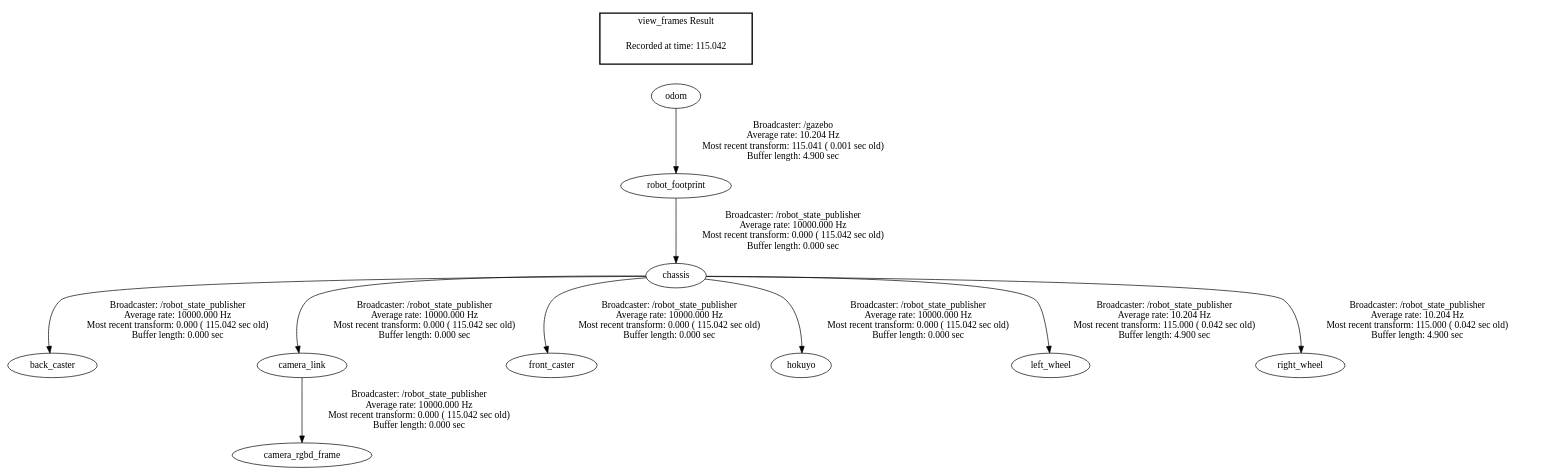
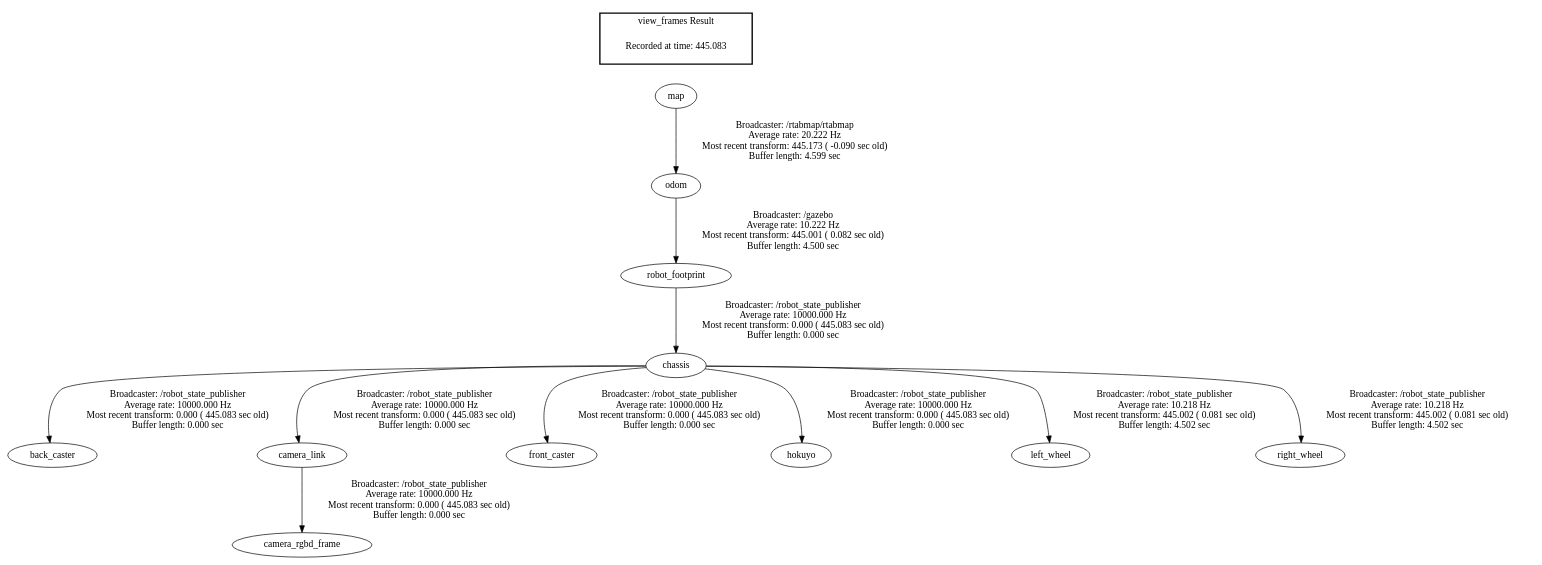
One commit to mahulo2009/RoboND-Map-Project changed the diagram in docs/frames.gv. Above: the diagram before and after it, drawn with Graphviz. The commit also changed 2 other files, not shown here.

```diff
--- a/docs/frames.gv
+++ b/docs/frames.gv
@@ -1,15 +1,16 @@
 digraph G {
-"chassis" -> "back_caster"[label="Broadcaster: /robot_state_publisher\nAverage rate: 10000.000 Hz\nMost recent transform: 0.000 ( 115.042 sec old)\nBuffer length: 0.000 sec\n"];
-"robot_footprint" -> "chassis"[label="Broadcaster: /robot_state_publisher\nAverage rate: 10000.000 Hz\nMost recent transform: 0.000 ( 115.042 sec old)\nBuffer length: 0.000 sec\n"];
-"chassis" -> "camera_link"[label="Broadcaster: /robot_state_publisher\nAverage rate: 10000.000 Hz\nMost recent transform: 0.000 ( 115.042 sec old)\nBuffer length: 0.000 sec\n"];
-"camera_link" -> "camera_rgbd_frame"[label="Broadcaster: /robot_state_publisher\nAverage rate: 10000.000 Hz\nMost recent transform: 0.000 ( 115.042 sec old)\nBuffer length: 0.000 sec\n"];
-"chassis" -> "front_caster"[label="Broadcaster: /robot_state_publisher\nAverage rate: 10000.000 Hz\nMost recent transform: 0.000 ( 115.042 sec old)\nBuffer length: 0.000 sec\n"];
-"chassis" -> "hokuyo"[label="Broadcaster: /robot_state_publisher\nAverage rate: 10000.000 Hz\nMost recent transform: 0.000 ( 115.042 sec old)\nBuffer length: 0.000 sec\n"];
-"odom" -> "robot_footprint"[label="Broadcaster: /gazebo\nAverage rate: 10.204 Hz\nMost recent transform: 115.041 ( 0.001 sec old)\nBuffer length: 4.900 sec\n"];
-"chassis" -> "left_wheel"[label="Broadcaster: /robot_state_publisher\nAverage rate: 10.204 Hz\nMost recent transform: 115.000 ( 0.042 sec old)\nBuffer length: 4.900 sec\n"];
-"chassis" -> "right_wheel"[label="Broadcaster: /robot_state_publisher\nAverage rate: 10.204 Hz\nMost recent transform: 115.000 ( 0.042 sec old)\nBuffer length: 4.900 sec\n"];
+"chassis" -> "back_caster"[label="Broadcaster: /robot_state_publisher\nAverage rate: 10000.000 Hz\nMost recent transform: 0.000 ( 445.083 sec old)\nBuffer length: 0.000 sec\n"];
+"robot_footprint" -> "chassis"[label="Broadcaster: /robot_state_publisher\nAverage rate: 10000.000 Hz\nMost recent transform: 0.000 ( 445.083 sec old)\nBuffer length: 0.000 sec\n"];
+"chassis" -> "camera_link"[label="Broadcaster: /robot_state_publisher\nAverage rate: 10000.000 Hz\nMost recent transform: 0.000 ( 445.083 sec old)\nBuffer length: 0.000 sec\n"];
+"camera_link" -> "camera_rgbd_frame"[label="Broadcaster: /robot_state_publisher\nAverage rate: 10000.000 Hz\nMost recent transform: 0.000 ( 445.083 sec old)\nBuffer length: 0.000 sec\n"];
+"chassis" -> "front_caster"[label="Broadcaster: /robot_state_publisher\nAverage rate: 10000.000 Hz\nMost recent transform: 0.000 ( 445.083 sec old)\nBuffer length: 0.000 sec\n"];
+"chassis" -> "hokuyo"[label="Broadcaster: /robot_state_publisher\nAverage rate: 10000.000 Hz\nMost recent transform: 0.000 ( 445.083 sec old)\nBuffer length: 0.000 sec\n"];
+"odom" -> "robot_footprint"[label="Broadcaster: /gazebo\nAverage rate: 10.222 Hz\nMost recent transform: 445.001 ( 0.082 sec old)\nBuffer length: 4.500 sec\n"];
+"map" -> "odom"[label="Broadcaster: /rtabmap/rtabmap\nAverage rate: 20.222 Hz\nMost recent transform: 445.173 ( -0.090 sec old)\nBuffer length: 4.599 sec\n"];
+"chassis" -> "left_wheel"[label="Broadcaster: /robot_state_publisher\nAverage rate: 10.218 Hz\nMost recent transform: 445.002 ( 0.081 sec old)\nBuffer length: 4.502 sec\n"];
+"chassis" -> "right_wheel"[label="Broadcaster: /robot_state_publisher\nAverage rate: 10.218 Hz\nMost recent transform: 445.002 ( 0.081 sec old)\nBuffer length: 4.502 sec\n"];
 edge [style=invis];
  subgraph cluster_legend { style=bold; color=black; label ="view_frames Result";
-"Recorded at time: 115.042"[ shape=plaintext ] ;
- }->"odom";
+"Recorded at time: 445.083"[ shape=plaintext ] ;
+ }->"map";
 }
```
